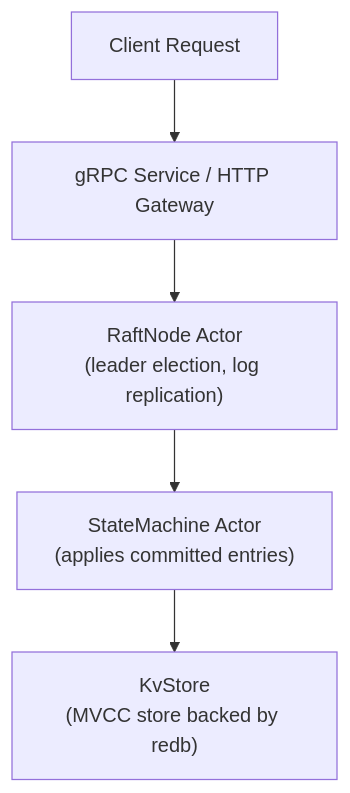
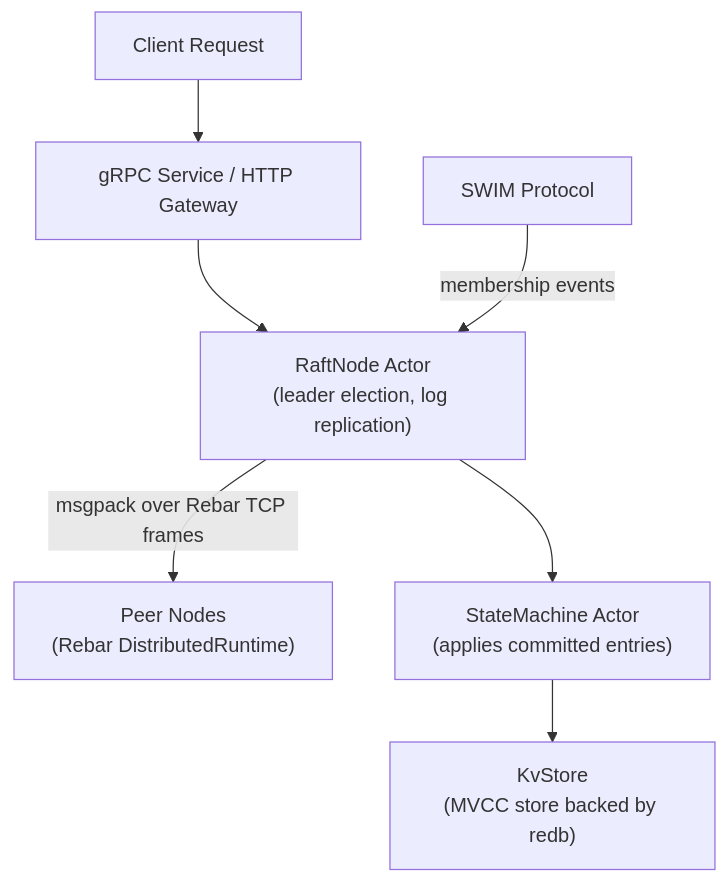
Before and after one commit to alexandernicholson/barkeeper: the second of 2 diagrams in README.md, drawn with Mermaid. The commit also changed other lines of this file and 4 other files, not shown here.

````diff
--- a/README.md
+++ b/README.md
@@ -112,7 +119,9 @@
 ```mermaid
 graph TD
     Client["Client Request"] --> API["gRPC Service / HTTP Gateway"]
     API --> Raft["RaftNode Actor<br>(leader election, log replication)"]
+    Raft -->|"msgpack over Rebar TCP frames"| Peers["Peer Nodes<br>(Rebar DistributedRuntime)"]
     Raft --> SM["StateMachine Actor<br>(applies committed entries)"]
     SM --> KV["KvStore<br>(MVCC store backed by redb)"]
+    SWIM["SWIM Protocol"] -->|"membership events"| Raft
 ```
````
